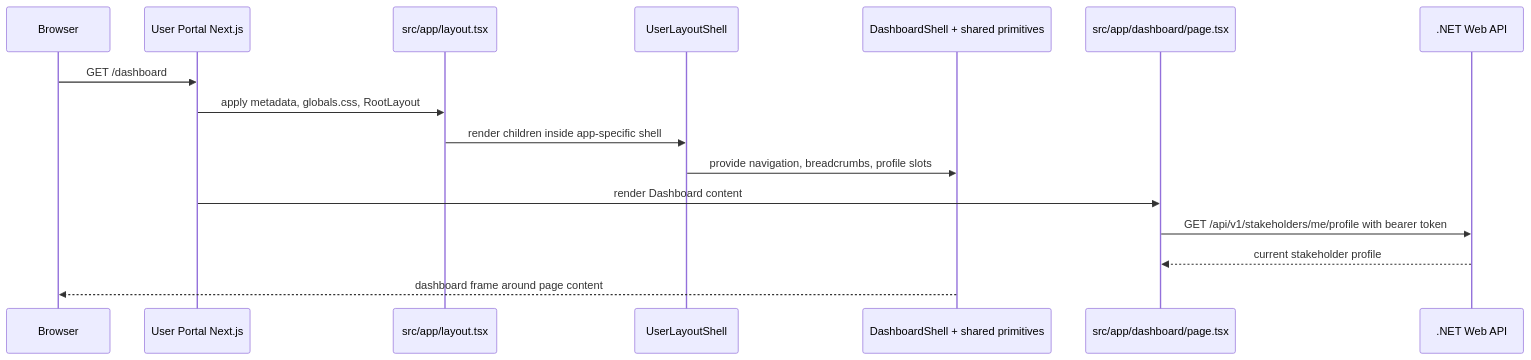
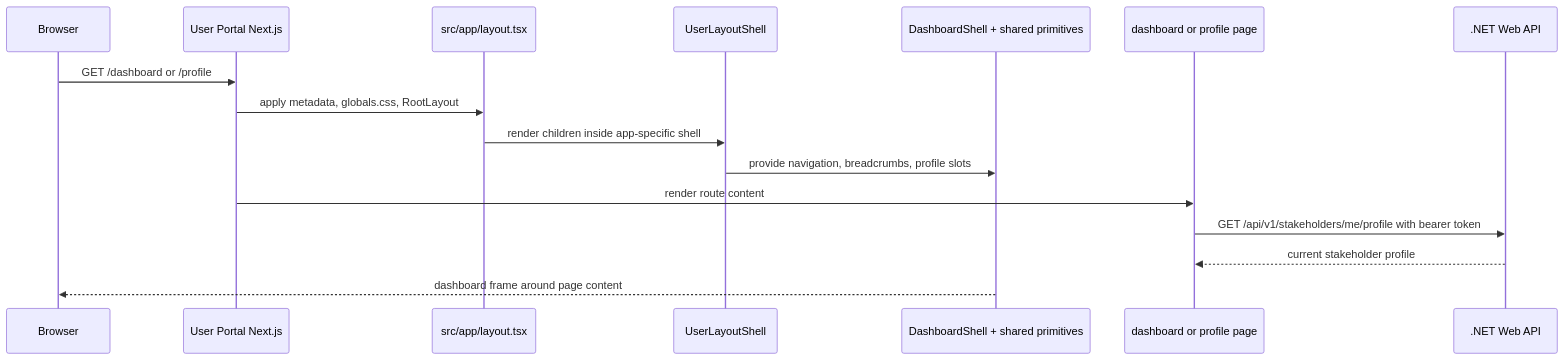
Before and after one commit to chukwuemekanweke/nextjs-project-template: the diagram in docs/architecture/02-application-architecture.md, drawn with Mermaid. The commit also changed other lines of this file and 7 other files, not shown here.

````diff
--- a/docs/architecture/02-application-architecture.md
+++ b/docs/architecture/02-application-architecture.md
@@ -15,18 +15,18 @@
 ```mermaid
 sequenceDiagram
   participant Browser
   participant Next as User Portal Next.js
   participant Layout as src/app/layout.tsx
   participant Shell as UserLayoutShell
   participant Shared as DashboardShell + shared primitives
-  participant Page as src/app/dashboard/page.tsx
+  participant Page as dashboard or profile page
   participant API as .NET Web API
-  Browser->>Next: GET /dashboard
+  Browser->>Next: GET /dashboard or /profile
   Next->>Layout: apply metadata, globals.css, RootLayout
   Layout->>Shell: render children inside app-specific shell
   Shell->>Shared: provide navigation, breadcrumbs, profile slots
-  Next->>Page: render Dashboard content
+  Next->>Page: render route content
   Page->>API: GET /api/v1/stakeholders/me/profile with bearer token
   API-->>Page: current stakeholder profile
   Shared-->>Browser: dashboard frame around page content
 ```
````
